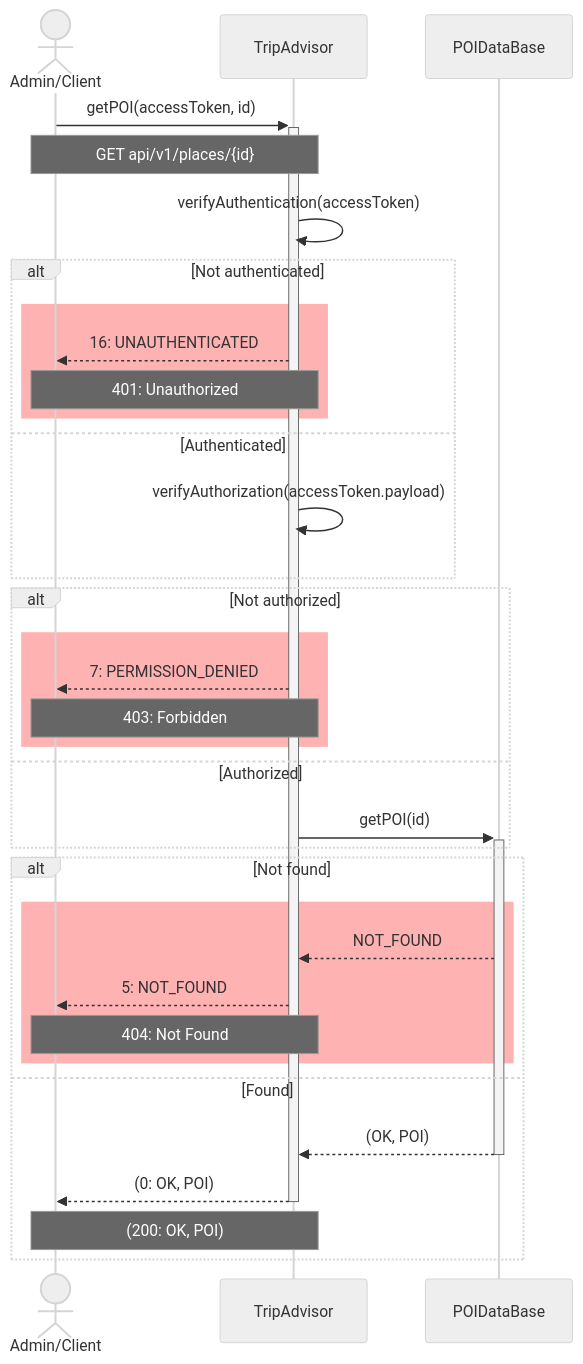
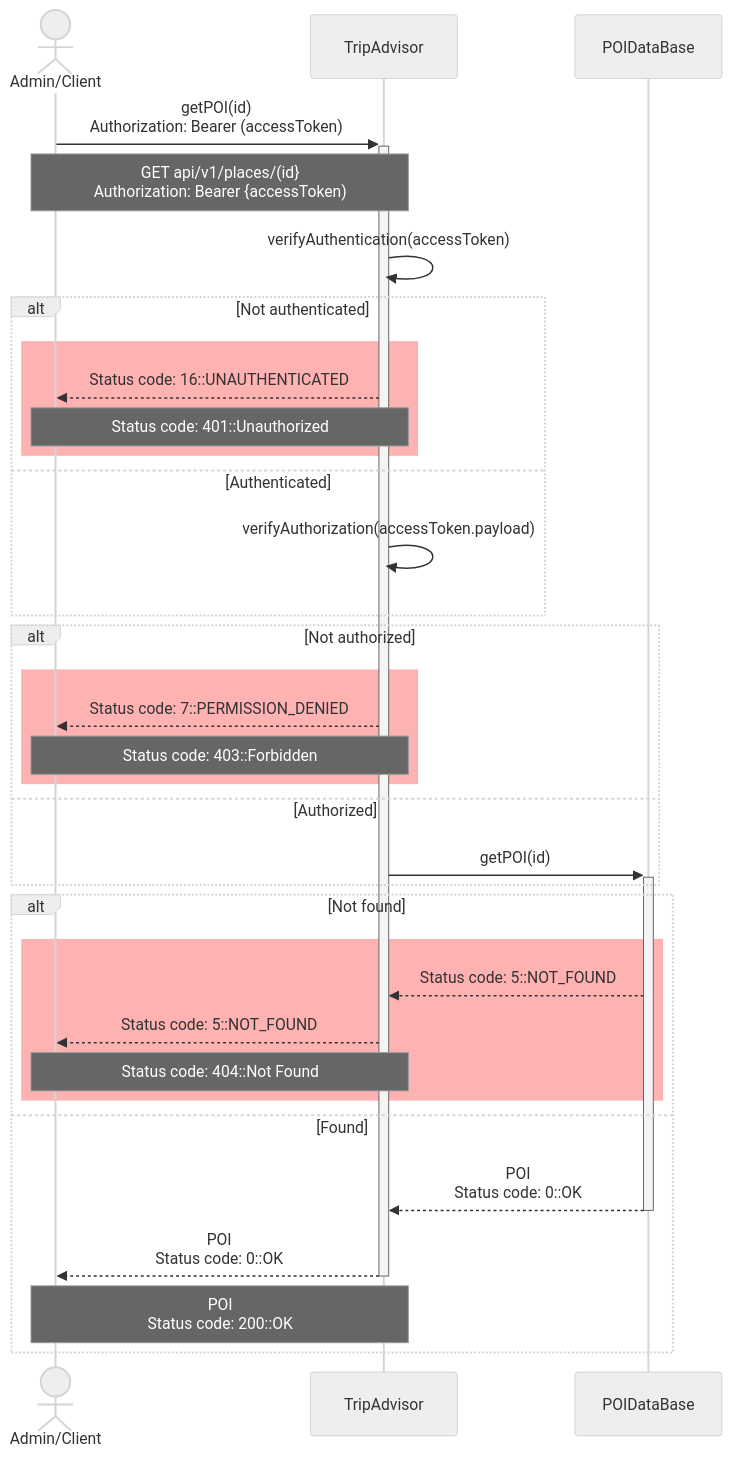
One commit to d-kv/backend-travel-app changed the diagram in docs/uml/src/get_poi.mmd. Above: the diagram before and after it, drawn with Mermaid (neutral theme). The commit also changed 6 other files, not shown here.

```diff
--- a/docs/uml/src/get_poi.mmd
+++ b/docs/uml/src/get_poi.mmd
@@ -1,37 +1,37 @@
 sequenceDiagram
 	actor Admin as Admin/Client
 	participant Trip as TripAdvisor
 	participant DB as POIDataBase
 
-	Admin->>+Trip: getPOI(accessToken, id)
-	Note over Admin,Trip: GET api/v1/places/{id}
+	Admin->>+Trip: getPOI(id)<br/>Authorization: Bearer (accessToken)
+	Note over Admin,Trip: GET api/v1/places/(id}<br/>Authorization: Bearer {accessToken)
 
 		Trip->>Trip: verifyAuthentication(accessToken)
 		alt Not authenticated
 			rect rgba(255, 0, 0, 0.3)
-				Trip-->>Admin: 16: UNAUTHENTICATED
-				Note over Admin,Trip: 401: Unauthorized
+				Trip-->>Admin: Status code: 16::UNAUTHENTICATED
+				Note over Admin,Trip: Status code: 401::Unauthorized
 			end
 		else Authenticated
 			Trip->>Trip: verifyAuthorization(accessToken.payload)
 		end
 		alt Not authorized
 			rect rgba(255, 0, 0, 0.3)
-				Trip-->>Admin: 7: PERMISSION_DENIED
-				Note over Admin,Trip: 403: Forbidden
+				Trip-->>Admin: Status code: 7::PERMISSION_DENIED
+				Note over Admin,Trip: Status code: 403::Forbidden
 			end
 		else Authorized
 			Trip->>+DB: getPOI(id)
 		end
 
 		alt Not found
 			rect rgba(255, 0, 0, 0.3)
-				DB-->>Trip: NOT_FOUND
-				Trip-->>Admin: 5: NOT_FOUND
-				Note over Admin,Trip: 404: Not Found
+				DB-->>Trip: Status code: 5::NOT_FOUND
+				Trip-->>Admin: Status code: 5::NOT_FOUND
+				Note over Admin,Trip: Status code: 404::Not Found
 			end
 		else Found
-			DB-->>-Trip: (OK, POI)
-			Trip-->>-Admin: (0: OK, POI)
-			Note over Admin,Trip: (200: OK, POI)
+			DB-->>-Trip: POI<br/>Status code: 0::OK
+			Trip-->>-Admin: POI<br/>Status code: 0::OK
+			Note over Admin,Trip: POI<br/>Status code: 200::OK
 		end
```
